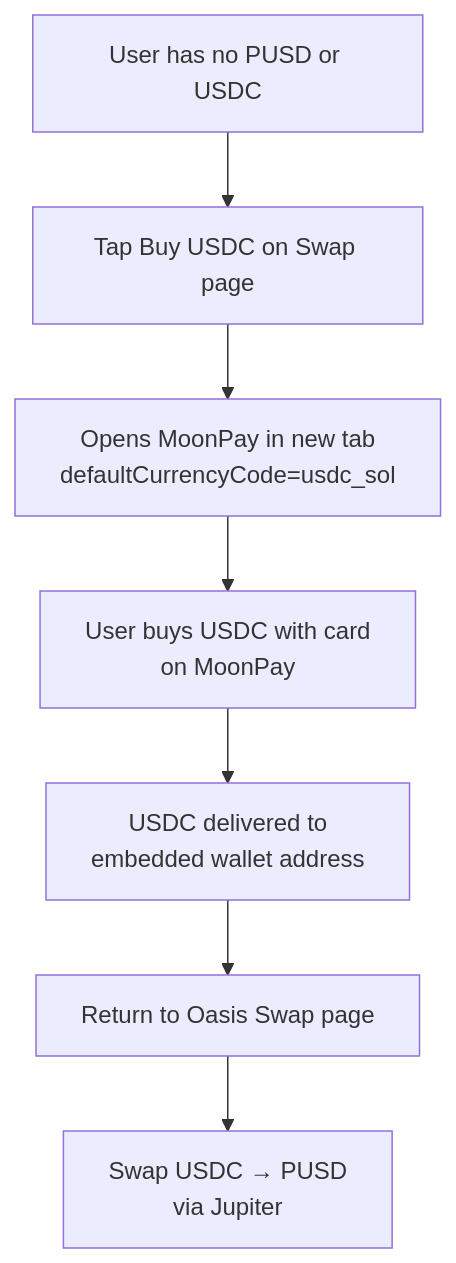
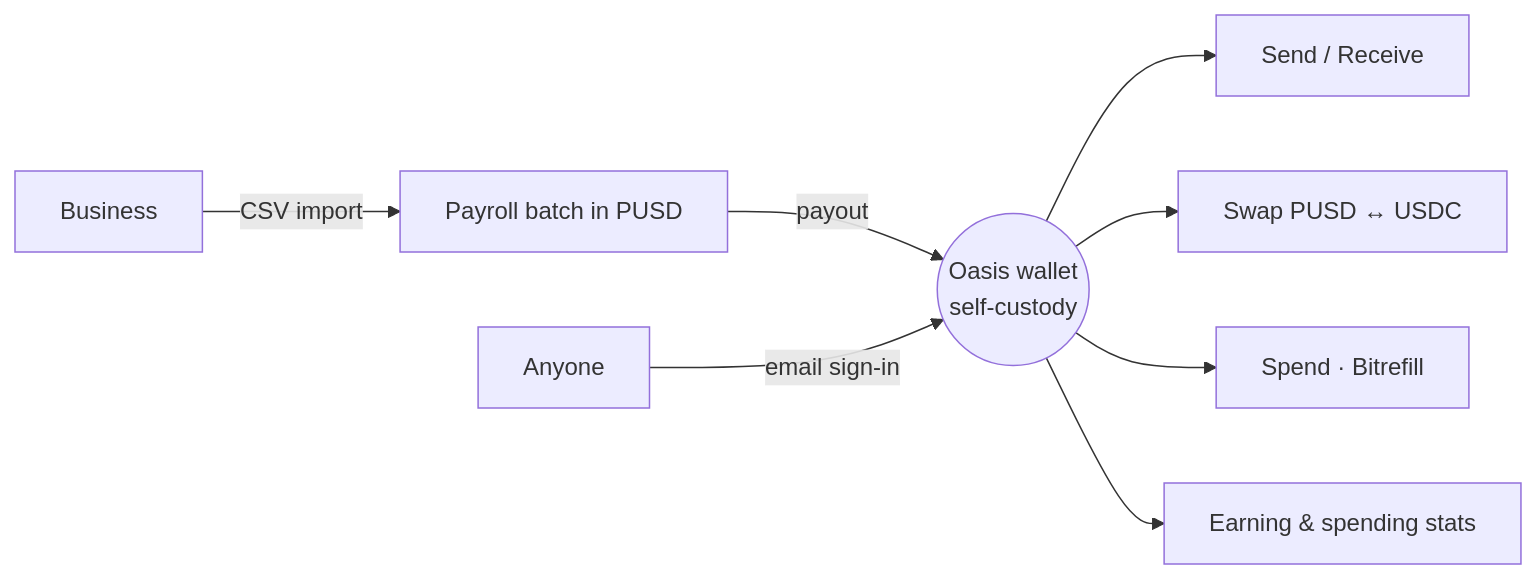
The diagram in README.md (daiwikmh/oasis), drawn with Mermaid before and after one commit. The commit also changed other lines of this file, not shown here.

````diff
--- a/README.md
+++ b/README.md
@@ -141,9 +27,11 @@
 ```mermaid
-flowchart TD
-    A[User has no PUSD or USDC] --> B[Tap Buy USDC on Swap page]
-    B --> C[Opens MoonPay in new tab\ndefaultCurrencyCode=usdc_sol]
-    C --> D[User buys USDC with card\non MoonPay]
-    D --> E[USDC delivered to\nembedded wallet address]
-    E --> F[Return to Oasis Swap page]
-    F --> G[Swap USDC → PUSD\nvia Jupiter]
+flowchart LR
+    B1[Business] -->|CSV import| B2[Payroll batch in PUSD]
+    B2 -->|payout| W
+    U1[Anyone] -->|email sign-in| W
+    W(("Oasis wallet<br/>self-custody"))
+    W --> S[Send / Receive]
+    W --> X[Swap PUSD &harr; USDC]
+    W --> C[Spend &middot; Bitrefill]
+    W --> T[Earning &amp; spending stats]
 ```
````
